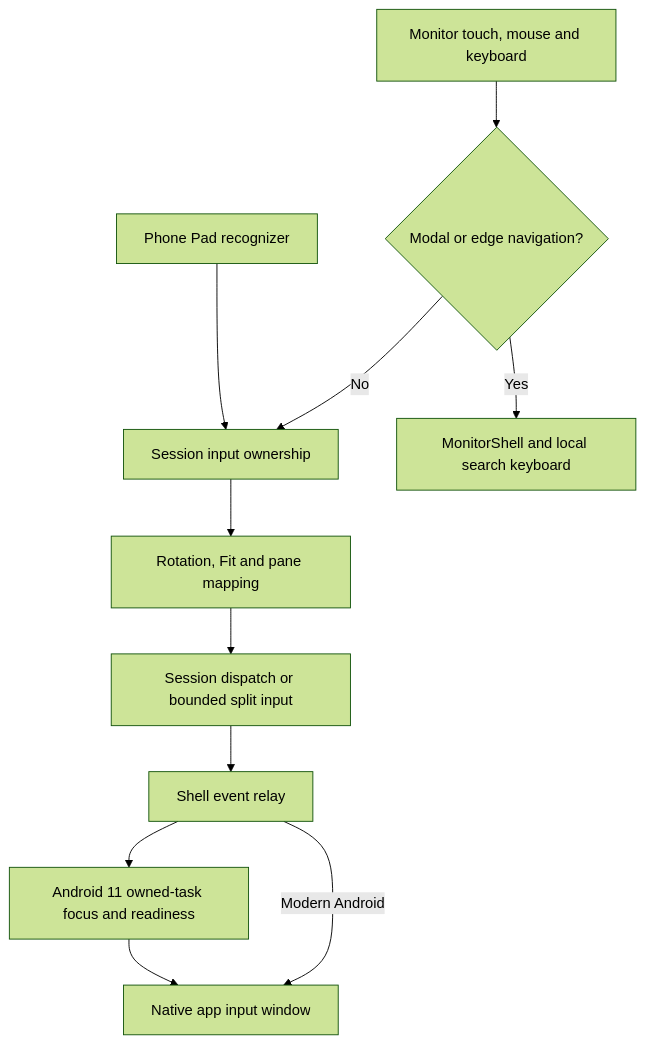
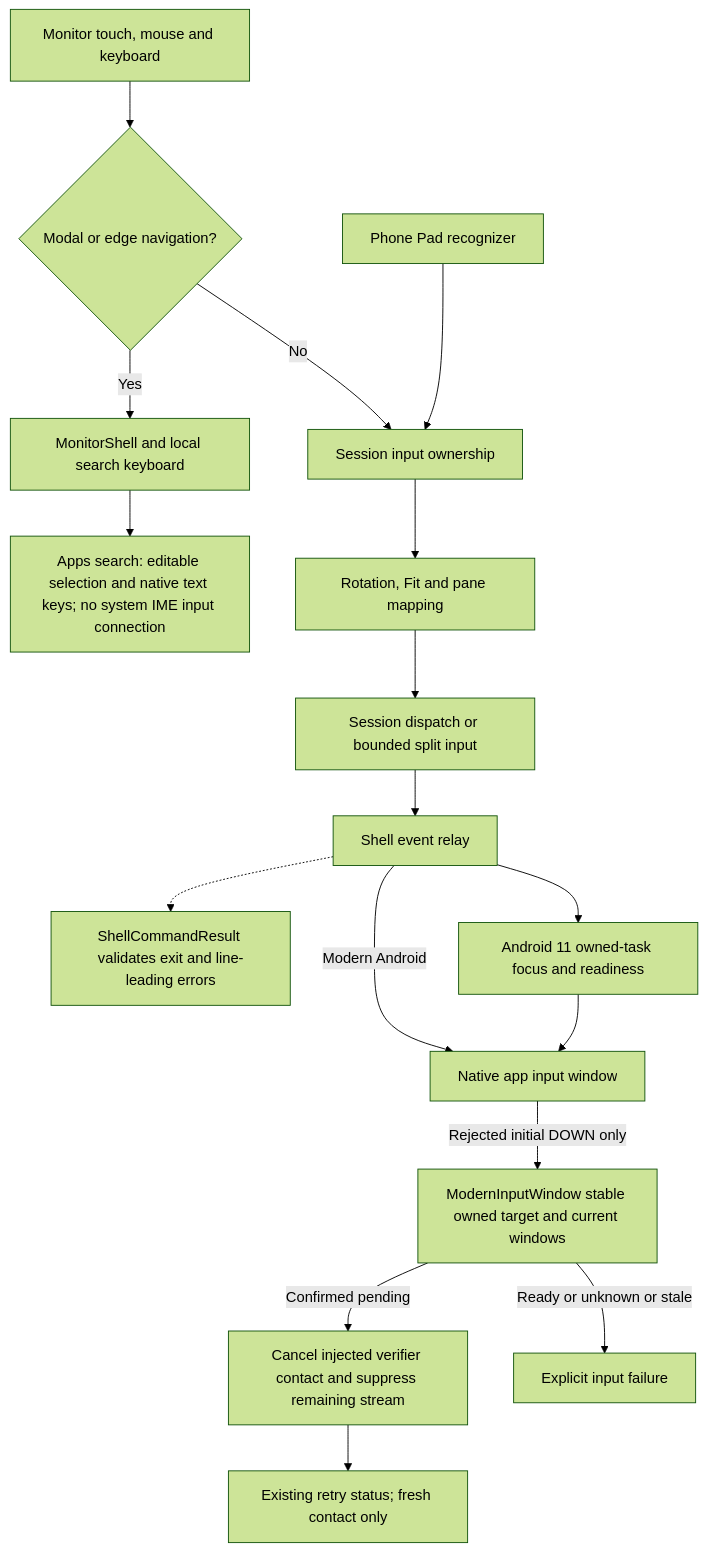
The first of 2 diagrams in docs/architecture/features/input-and-navigation.md (PhiLong-Ho/DexDroid), drawn with Mermaid (forest theme) before and after one commit. The commit also changed other lines of this file and 40 other files, not shown here.

Commit message:
Fix desktop input readiness and finalize stable Java 0.12.5 (#5)

````diff
--- a/docs/architecture/features/input-and-navigation.md
+++ b/docs/architecture/features/input-and-navigation.md
@@ -14,13 +14,19 @@
 ```mermaid
 flowchart TB
     Pad[Phone Pad recognizer] --> Owner[Session input ownership]
     Monitor[Monitor touch, mouse and keyboard] --> Modal{Modal or edge navigation?}
     Modal -->|Yes| Shell[MonitorShell and local search keyboard]
+    Shell --> Editor[Apps search: editable selection and native text keys; no system IME input connection]
     Modal -->|No| Owner
     Owner --> Geometry[Rotation, Fit and pane mapping]
     Geometry --> Dispatch[Session dispatch or bounded split input]
+    Bridge -.-> Validation[ShellCommandResult validates exit and line-leading errors]
     Dispatch --> Bridge[Shell event relay]
     Bridge --> Legacy[Android 11 owned-task focus and readiness]
     Legacy --> App[Native app input window]
     Bridge -->|Modern Android| App
+    App -->|Rejected initial DOWN only| Modern[ModernInputWindow stable owned target and current windows]
+    Modern -->|Confirmed pending| Cancel[Cancel injected verifier contact and suppress remaining stream]
+    Modern -->|Ready or unknown or stale| Error[Explicit input failure]
+    Cancel --> Retry[Existing retry status; fresh contact only]
 ```
````
